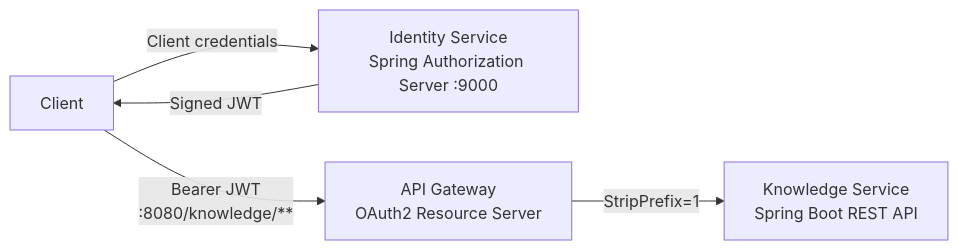
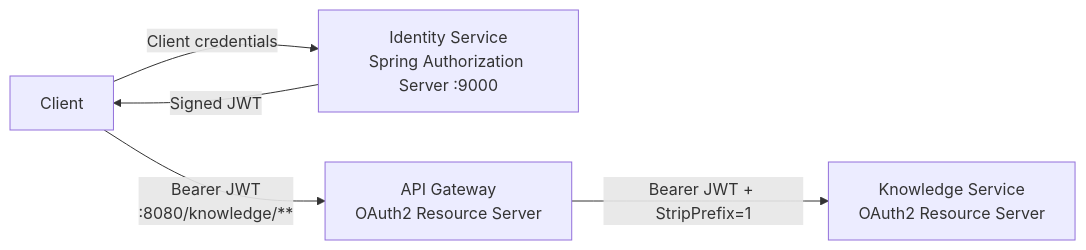
The diagram in README.md (dkghosh2019/enterprise-ai-knowledge-platform), drawn with Mermaid before and after one commit. The commit also changed other lines of this file and 9 other files, not shown here.

Commit message:
Secure knowledge service with JWT authorization

````diff
--- a/README.md
+++ b/README.md
@@ -23,7 +23,7 @@
 ```mermaid
 flowchart LR
     Client -->|"Client credentials"| Identity["Identity Service<br/>Spring Authorization Server :9000"]
     Identity -->|"Signed JWT"| Client
     Client -->|"Bearer JWT<br/>:8080/knowledge/**"| Gateway["API Gateway<br/>OAuth2 Resource Server"]
-    Gateway -->|"StripPrefix=1"| Knowledge["Knowledge Service<br/>Spring Boot REST API"]
+    Gateway -->|"Bearer JWT + StripPrefix=1"| Knowledge["Knowledge Service<br/>OAuth2 Resource Server"]
 ```
````
